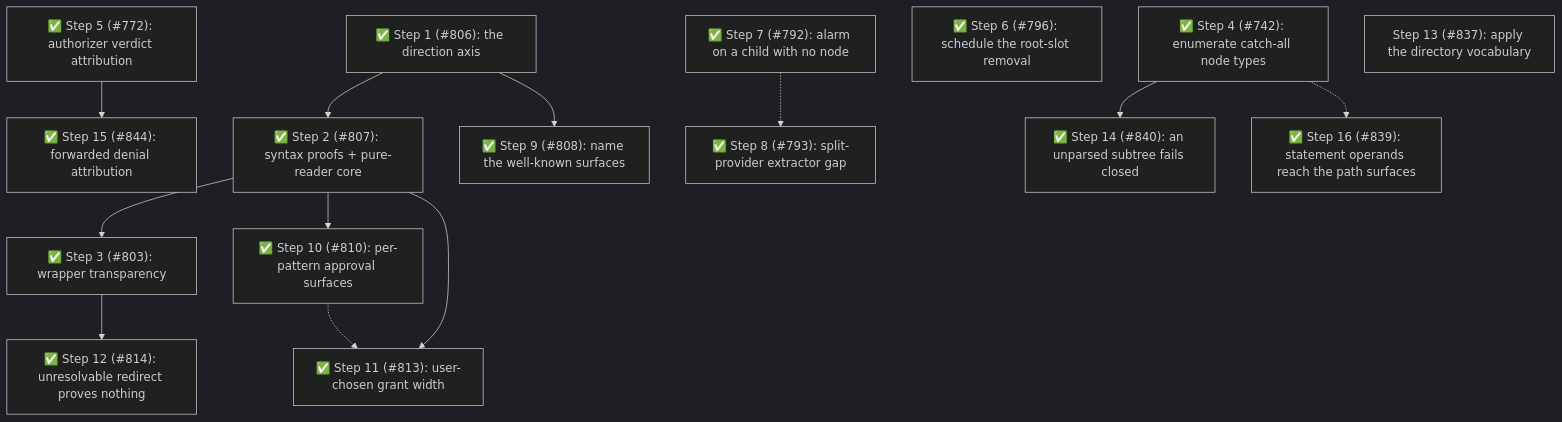
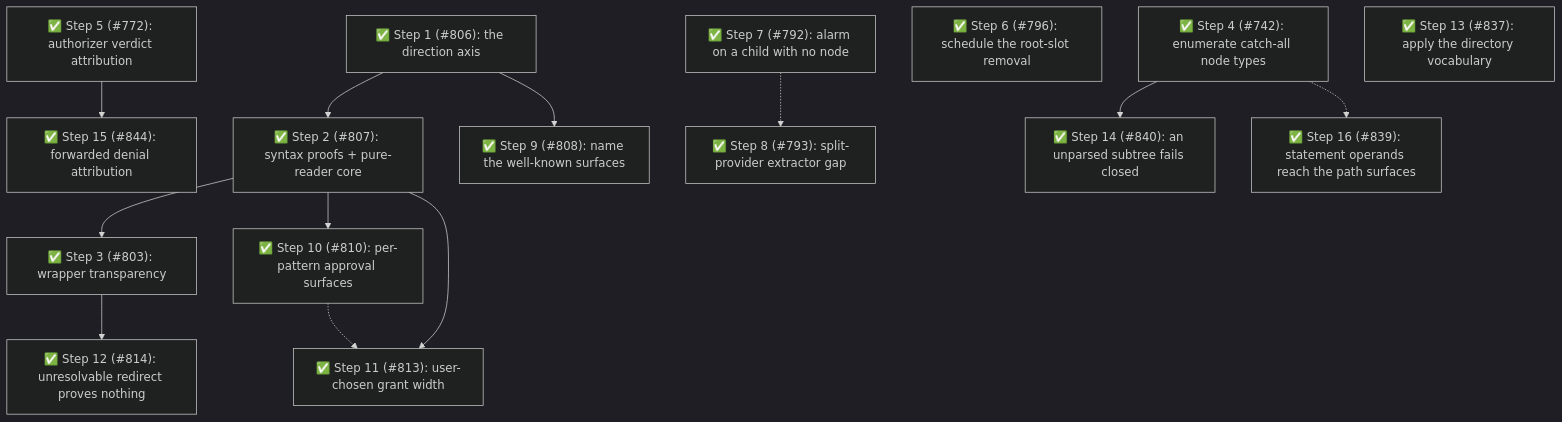
The fourth of 4 diagrams in packages/pi-permission-system/docs/architecture/architecture.md (gotgenes/pi-packages), drawn with Mermaid (dark theme) before and after one commit. The commit also changed other lines of this file and 9 other files, not shown here.

````diff
--- a/packages/pi-permission-system/docs/architecture/architecture.md
+++ b/packages/pi-permission-system/docs/architecture/architecture.md
@@ -1597,22 +1654,22 @@
 ```mermaid
 flowchart TD
     S1["✅ Step 1 (#806): the direction axis"] --> S2["✅ Step 2 (#807): syntax proofs + pure-reader core"]
     S2 --> S3["✅ Step 3 (#803): wrapper transparency"]
     S4["✅ Step 4 (#742): enumerate catch-all node types"]
     S5["✅ Step 5 (#772): authorizer verdict attribution"] --> S15["✅ Step 15 (#844): forwarded denial attribution"]
     S6["✅ Step 6 (#796): schedule the root-slot removal"]
     S7["✅ Step 7 (#792): alarm on a child with no node"]
     S8["✅ Step 8 (#793): split-provider extractor gap"]
     S9["✅ Step 9 (#808): name the well-known surfaces"]
     S10["✅ Step 10 (#810): per-pattern approval surfaces"]
     S11["✅ Step 11 (#813): user-chosen grant width"]
     S3 --> S12["✅ Step 12 (#814): unresolvable redirect proves nothing"]
-    S13["Step 13 (#837): apply the directory vocabulary"]
+    S13["✅ Step 13 (#837): apply the directory vocabulary"]
     S4 --> S14["✅ Step 14 (#840): an unparsed subtree fails closed"]
     S4 -.-> S16["✅ Step 16 (#839): statement operands reach the path surfaces"]
     S7 -.-> S8
     S1 --> S9
     S2 --> S10
     S2 --> S11
     S10 -.-> S11
 ```
````
